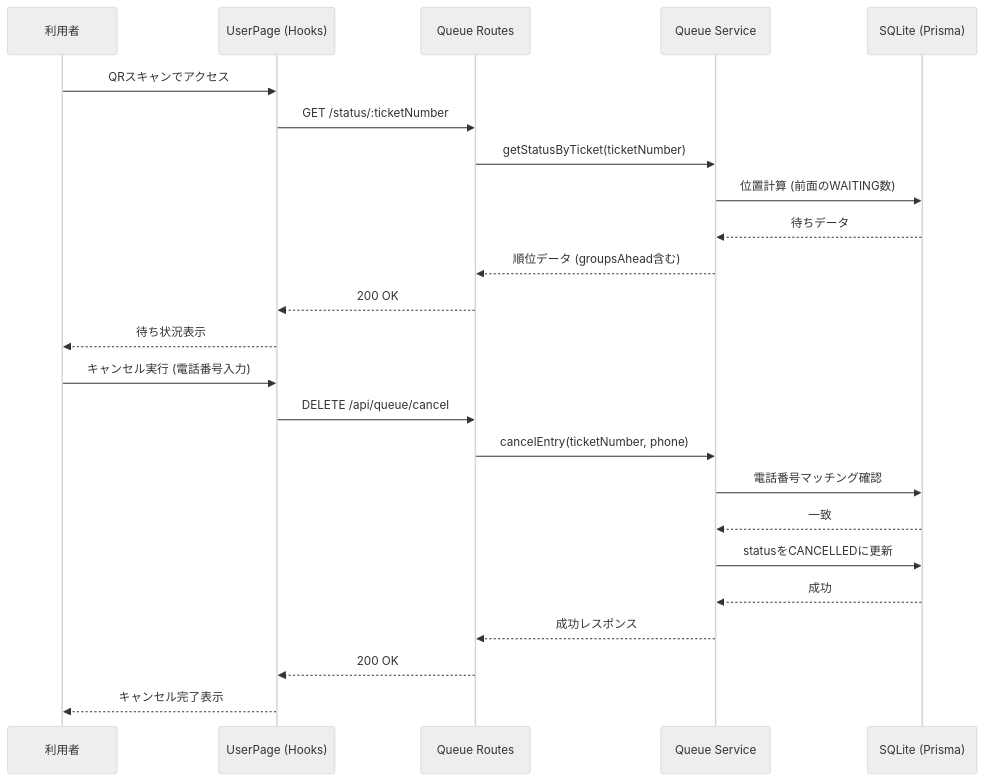
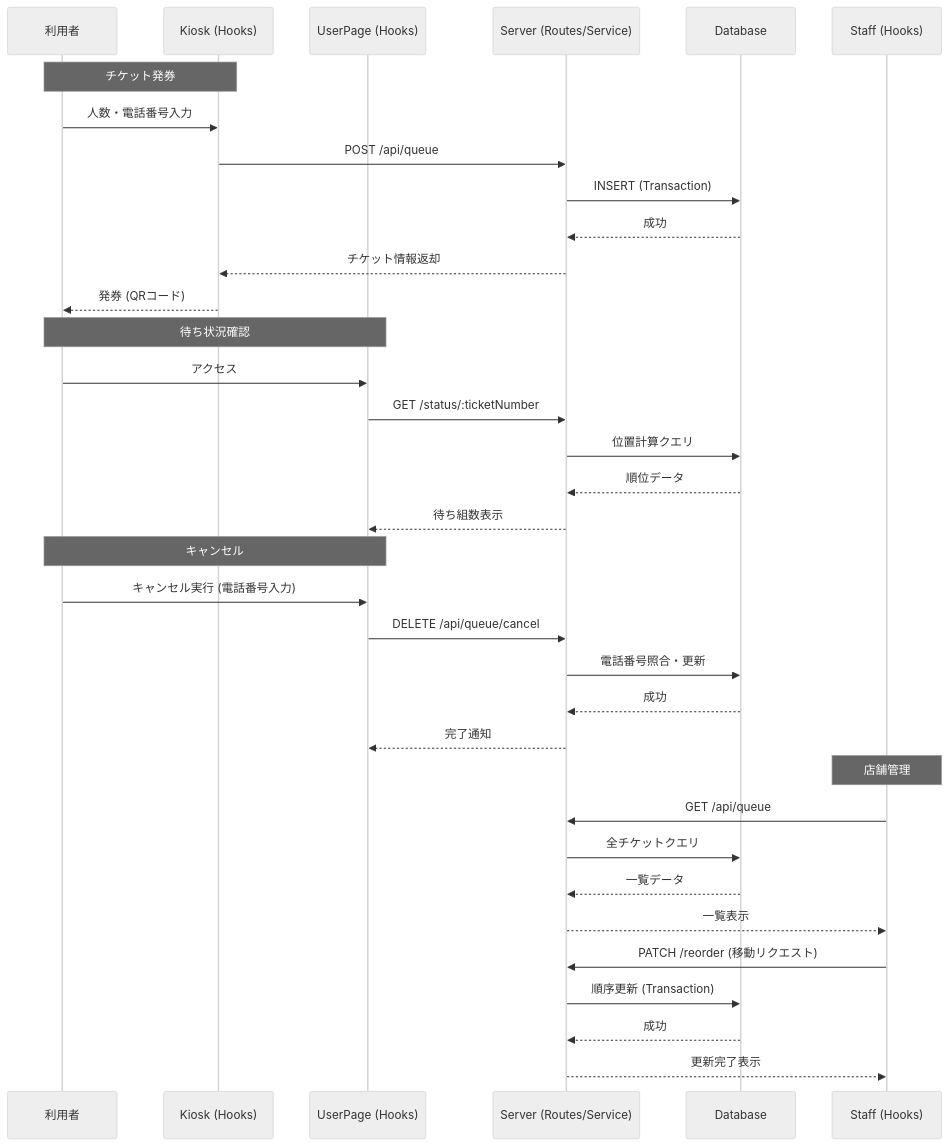
The third of 4 diagrams in SYSTEM_OVERVIEW.md (sensen963/waitlist_handler), drawn with Mermaid (neutral theme) before and after one commit. The commit also changed other lines of this file, not shown here.

Commit message:
Full restore and update of SYSTEM_OVERVIEW.md: Integrated refactored architecture while preserving all original details, diagrams, and non-functional requirements

````diff
--- a/SYSTEM_OVERVIEW.md
+++ b/SYSTEM_OVERVIEW.md
@@ -135,28 +198,41 @@
 ```mermaid
 sequenceDiagram
     participant U as 利用者
+    participant K as Kiosk (Hooks)
     participant UP as UserPage (Hooks)
-    participant R as Queue Routes
-    participant S as Queue Service
-    participant DB as SQLite (Prisma)
+    participant S as Server (Routes/Service)
+    participant DB as Database
+    participant OD as Staff (Hooks)
 
-    U->>UP: QRスキャンでアクセス
-    UP->>R: GET /status/:ticketNumber
-    R->>S: getStatusByTicket(ticketNumber)
-    S->>DB: 位置計算 (前面のWAITING数)
-    DB-->>S: 待ちデータ
-    S-->>R: 順位データ (groupsAhead含む)
-    R-->>UP: 200 OK
-    UP-->>U: 待ち状況表示
+    Note over U,K: チケット発券
+    U->>K: 人数・電話番号入力
+    K->>S: POST /api/queue
+    S->>DB: INSERT (Transaction)
+    DB-->>S: 成功
+    S-->>K: チケット情報返却
+    K-->>U: 発券 (QRコード)
 
+    Note over U,UP: 待ち状況確認
+    U->>UP: アクセス
+    UP->>S: GET /status/:ticketNumber
+    S->>DB: 位置計算クエリ
+    DB-->>S: 順位データ
+    S-->>UP: 待ち組数表示
+
+    Note over U,UP: キャンセル
     U->>UP: キャンセル実行 (電話番号入力)
-    UP->>R: DELETE /api/queue/cancel
-    R->>S: cancelEntry(ticketNumber, phone)
-    S->>DB: 電話番号マッチング確認
-    DB-->>S: 一致
-    S->>DB: statusをCANCELLEDに更新
+    UP->>S: DELETE /api/queue/cancel
+    S->>DB: 電話番号照合・更新
     DB-->>S: 成功
-    S-->>R: 成功レスポンス
-    R-->>UP: 200 OK
-    UP-->>U: キャンセル完了表示
+    S-->>UP: 完了通知
+
+    Note over OD: 店舗管理
+    OD->>S: GET /api/queue
+    S->>DB: 全チケットクエリ
+    DB-->>S: 一覧データ
+    S-->>OD: 一覧表示
+    OD->>S: PATCH /reorder (移動リクエスト)
+    S->>DB: 順序更新 (Transaction)
+    DB-->>S: 成功
+    S-->>OD: 更新完了表示
 ```
````
